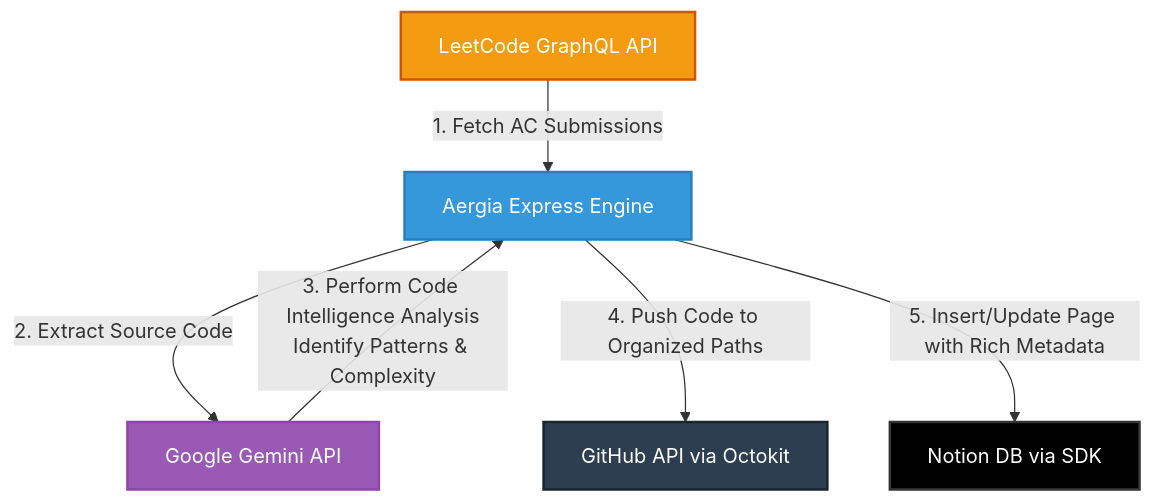
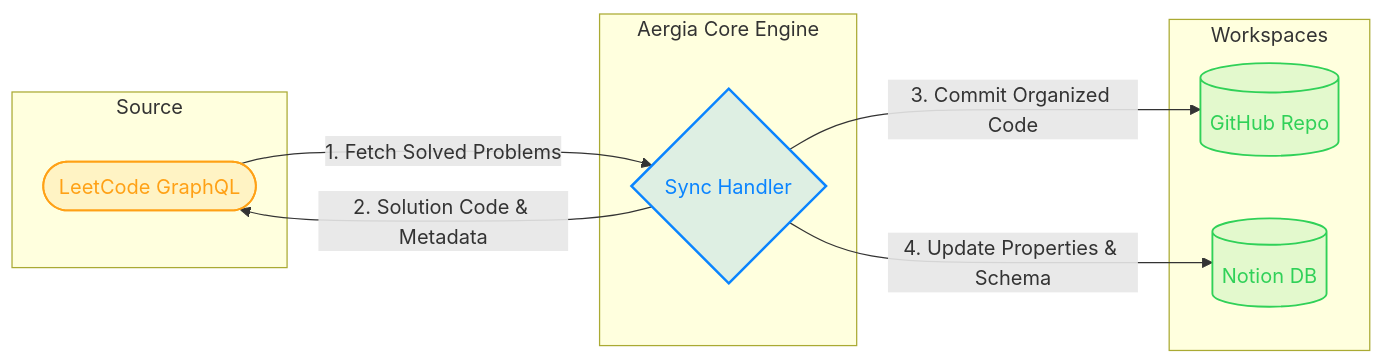
The diagram in README.md (IshanG2111/leetcode-auto-sync), drawn with Mermaid before and after one commit. The commit also changed other lines of this file, not shown here.

Commit message:
docs: update README with refreshed project documentation and Mermaid architecture diagrams

````diff
--- a/README.md
+++ b/README.md
@@ -34,14 +20,30 @@
 ```mermaid
-graph TD
-    A[LeetCode GraphQL API] -->|1. Fetch AC Submissions| B[Aergia Express Engine]
-    B -->|2. Extract Source Code| C[Google Gemini API]
-    C -->|3. Perform Code Intelligence Analysis<br>Identify Patterns & Complexity| B
-    B -->|4. Push Code to Organized Paths| D[GitHub API via Octokit]
-    B -->|5. Insert/Update Page with Rich Metadata| E[Notion DB via SDK]
+flowchart LR
+    subgraph Ingestion [Source]
+        A([LeetCode GraphQL])
+    end
 
-    style A fill:#f39c12,stroke:#d35400,stroke-width:2px,color:#fff
-    style B fill:#3498db,stroke:#2980b9,stroke-width:2px,color:#fff
-    style C fill:#9b59b6,stroke:#8e44ad,stroke-width:2px,color:#fff
-    style D fill:#2c3e50,stroke:#1a252f,stroke-width:2px,color:#fff
-    style E fill:#000,stroke:#333,stroke-width:2px,color:#fff
+    subgraph Core [Aergia Core Engine]
+        B{Sync Handler}
+    end
+
+    subgraph Destination [Workspaces]
+        D[(GitHub Repo)]
+        E[(Notion DB)]
+    end
+
+    A -->|1. Fetch Solved Problems| B
+    B -->|2. Solution Code & Metadata| A
+    B -->|3. Commit Organized Code| D
+    B -->|4. Update Properties & Schema| E
+
+    %% Theme Styling
+    classDef default fill:#1e1e24,stroke:#333,stroke-width:1px,color:#eee;
+    classDef core fill:#0A84FF22,stroke:#0A84FF,stroke-width:2px,color:#0A84FF;
+    classDef dest fill:#30D15822,stroke:#30D158,stroke-width:1.5px,color:#30D158;
+    classDef src fill:#FFA11622,stroke:#FFA116,stroke-width:1.5px,color:#FFA116;
+
+    class B core;
+    class D,E dest;
+    class A src;
 ```
````
